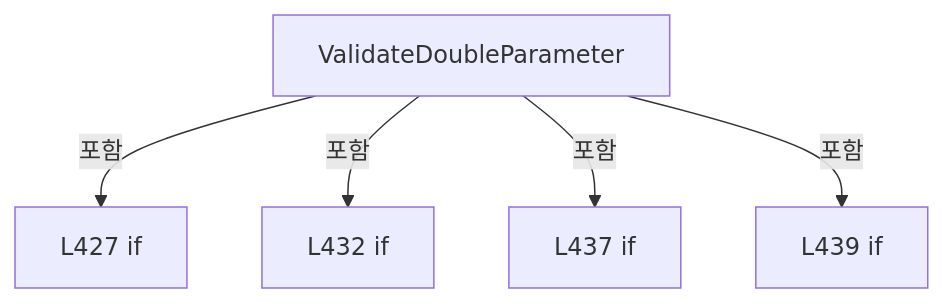
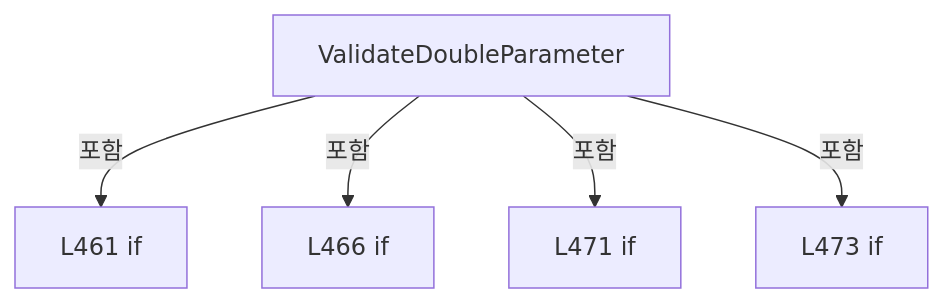
Diagram 11 of 17 in A3 LD Code Ref/files/Drilling.File/JHMI/CSettingFile.cs.md (kjuws10-rgb/Shared), drawn with Mermaid before and after one commit. The commit also changed other lines of this file and 1984 other files, not shown here.

Commit message:
docs(a3): update 11.17.0 architecture and complete code reference

````diff
--- a/A3 LD Code Ref/files/Drilling.File/JHMI/CSettingFile.cs.md
+++ b/A3 LD Code Ref/files/Drilling.File/JHMI/CSettingFile.cs.md
@@ -1953,12 +2022,12 @@
 ```mermaid
 flowchart TD
  M["ValidateDoubleParameter"]
- N0["L427 if"]
+ N0["L461 if"]
  M -->|포함| N0
- N1["L432 if"]
+ N1["L466 if"]
  M -->|포함| N1
- N2["L437 if"]
+ N2["L471 if"]
  M -->|포함| N2
- N3["L439 if"]
+ N3["L473 if"]
  M -->|포함| N3
 ```
````
